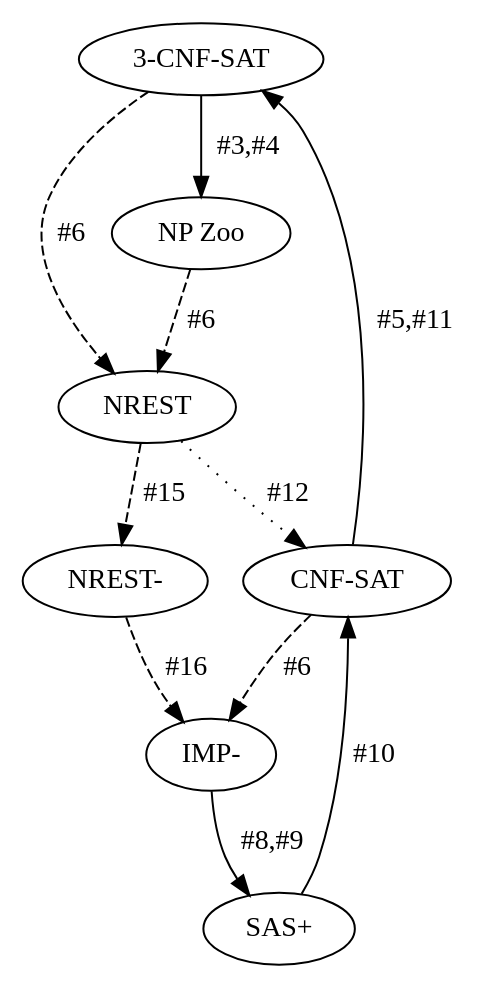
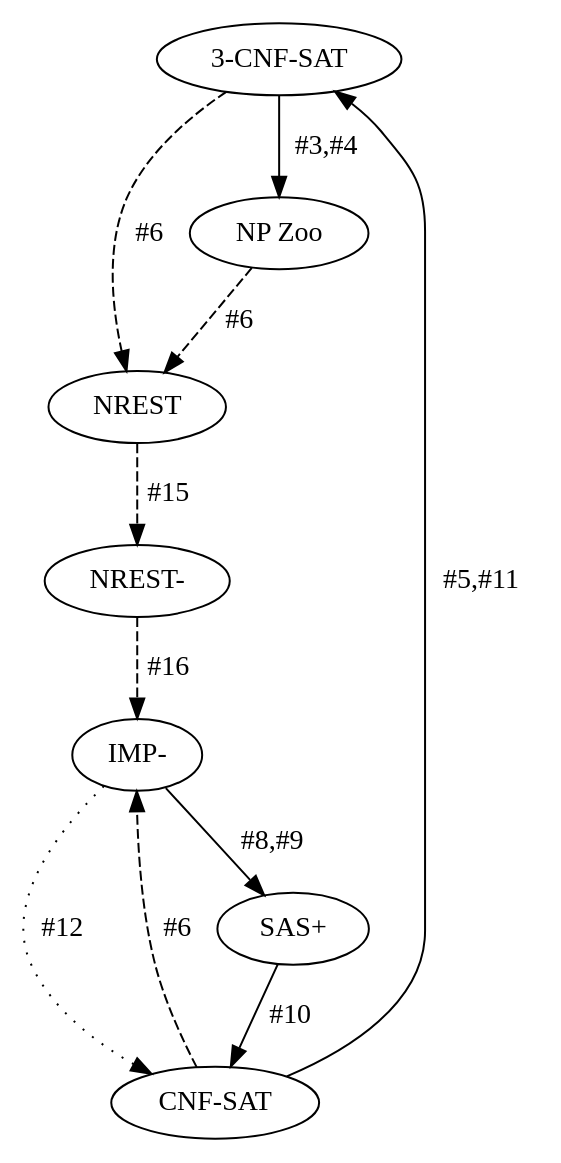
Before and after one commit to wimmers/poly-reductions: the diagram in doc/plan.dot, drawn with Graphviz. The commit also changed 1 other file, not shown here.

Commit message:
fix(doc) fix arrow for issue #12 in plan graph

```diff
--- a/doc/plan.dot
+++ b/doc/plan.dot
@@ -1,20 +1,20 @@
 digraph plan {
 three_cnf_sat [label="3-CNF-SAT"];
 sat [label="CNF-SAT"];
 whilet [label="NREST"];
 whiletm [label="NREST-"];
 impm [label="IMP-"];
 sas_plus [label="SAS+"];
 np_zoo [label="NP Zoo"];
 
 three_cnf_sat -> whilet [style="dashed",label="#6"];
 np_zoo -> whilet [style="dashed",label="#6"];
 whilet -> whiletm [style="dashed",label="#15"];
 whiletm -> impm [style="dashed",label="#16"];
 impm -> sas_plus [label="#8,#9"];
 sas_plus -> sat [label="#10"];
 sat -> three_cnf_sat [label="#5,#11"];
-whilet -> sat [style="dotted",label="#12"];
+impm -> sat [style="dotted",label="#12"];
 three_cnf_sat -> np_zoo [label="#3,#4"];
 sat -> impm [label="#6",style="dashed"];
 }
```
